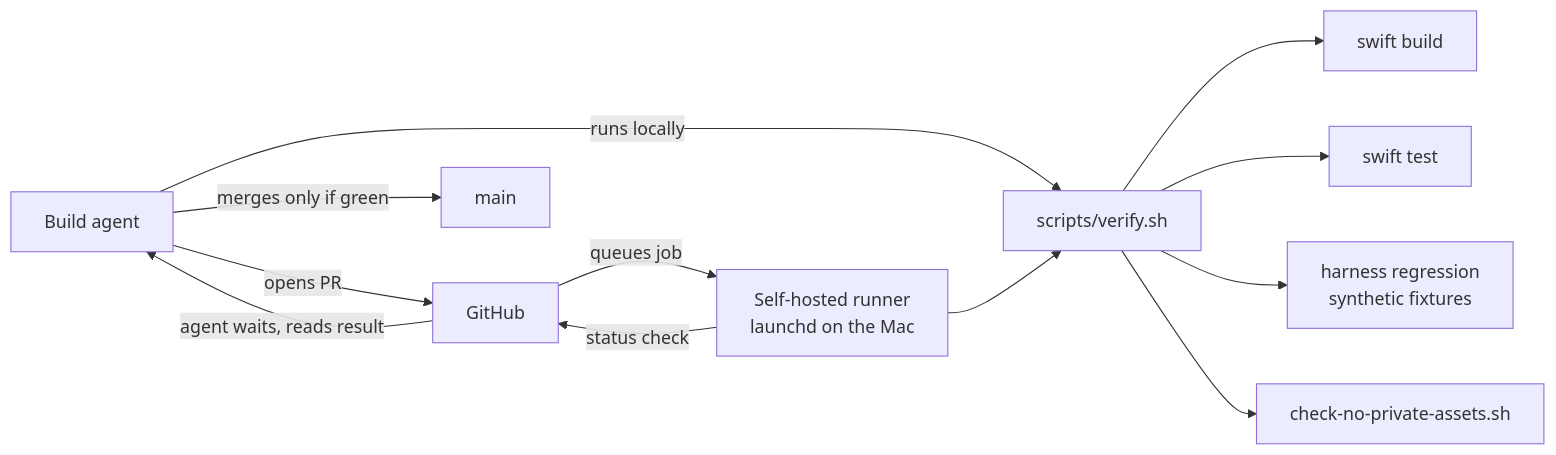
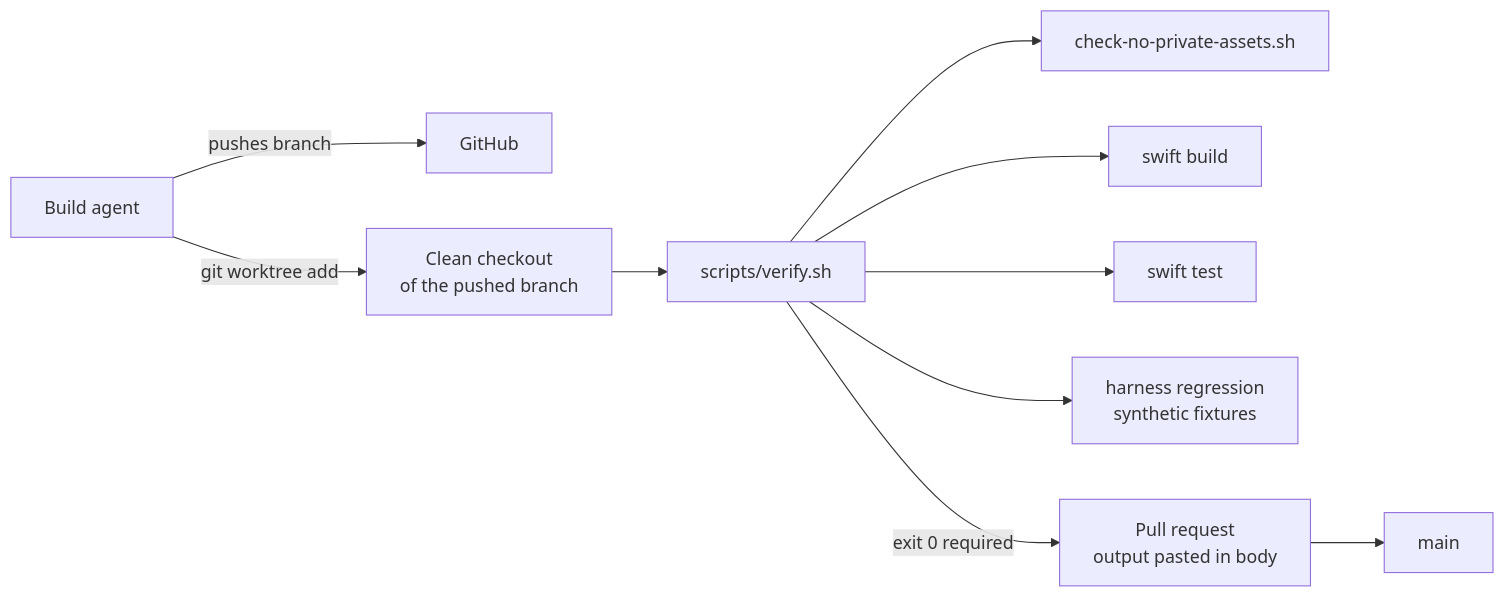
Before and after one commit to Brian-Egan/StillMotions: the fifth of 5 diagrams in docs/ARCHITECTURE.md, drawn with Mermaid. The commit also changed other lines of this file and 9 other files, not shown here.

First line of the commit message:
Drop CI and the self-hosted runner; verify from a clean worktree instead

````diff
--- a/docs/ARCHITECTURE.md
+++ b/docs/ARCHITECTURE.md
@@ -321,14 +321,12 @@
 ```mermaid
 flowchart LR
-  AGENT[Build agent] -->|opens PR| GH[GitHub]
-  AGENT -->|runs locally| VERIFY[scripts/verify.sh]
-  GH -->|queues job| RUNNER[Self-hosted runner<br/>launchd on the Mac]
-  RUNNER --> VERIFY
+  AGENT[Build agent] -->|pushes branch| GH[GitHub]
+  AGENT -->|git worktree add| WT[Clean checkout<br/>of the pushed branch]
+  WT --> VERIFY[scripts/verify.sh]
+  VERIFY --> PRIV[check-no-private-assets.sh]
   VERIFY --> BUILD[swift build]
   VERIFY --> TEST[swift test]
   VERIFY --> REG[harness regression<br/>synthetic fixtures]
-  VERIFY --> PRIV[check-no-private-assets.sh]
-  RUNNER -->|status check| GH
-  GH -->|agent waits, reads result| AGENT
-  AGENT -->|merges only if green| MAIN[main]
+  VERIFY -->|exit 0 required| PR[Pull request<br/>output pasted in body]
+  PR --> MAIN[main]
 ```
````
